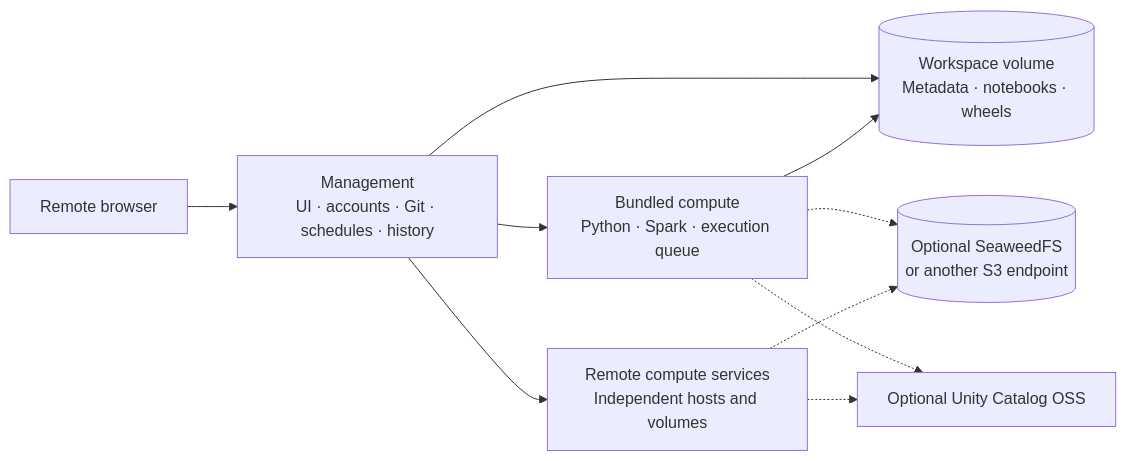
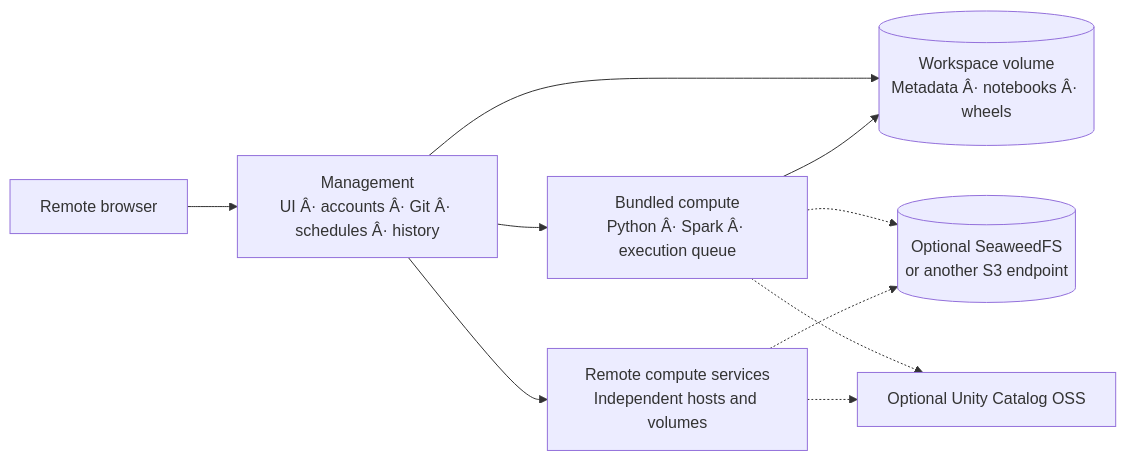
One commit to DylanBarber/OpenBricks changed the diagram in README.md. Above: the diagram before and after it, drawn with Mermaid. The commit also changed other lines of this file and 88 other files, not shown here.

```diff
--- a/README.md
+++ b/README.md
@@ -450,12 +462,12 @@
 ~~~mermaid
 flowchart LR
-    Browser["Remote browser"] --> Management["Management<br/>UI · accounts · Git · schedules · history"]
-    Management --> Local["Bundled compute<br/>Python · Spark · execution queue"]
+    Browser["Remote browser"] --> Management["Management<br/>UI Â· accounts Â· Git Â· schedules Â· history"]
+    Management --> Local["Bundled compute<br/>Python Â· Spark Â· execution queue"]
     Management --> Remote["Remote compute services<br/>Independent hosts and volumes"]
-    Management --> Data[("Workspace volume<br/>Metadata · notebooks · wheels")]
+    Management --> Data[("Workspace volume<br/>Metadata Â· notebooks Â· wheels")]
     Local --> Data
     Local -.-> Storage[("Optional SeaweedFS<br/>or another S3 endpoint")]
     Remote -.-> Storage
     Local -.-> Catalog["Optional Unity Catalog OSS"]
     Remote -.-> Catalog
 ~~~
```
